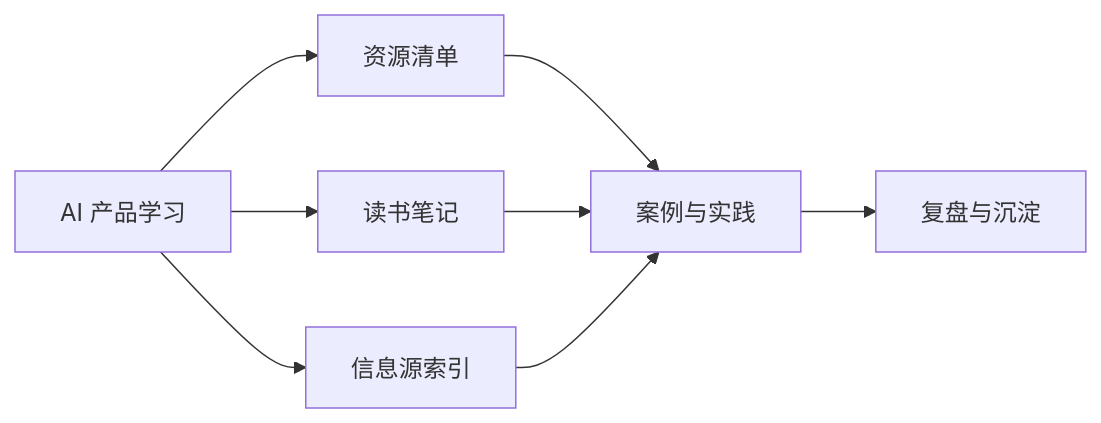
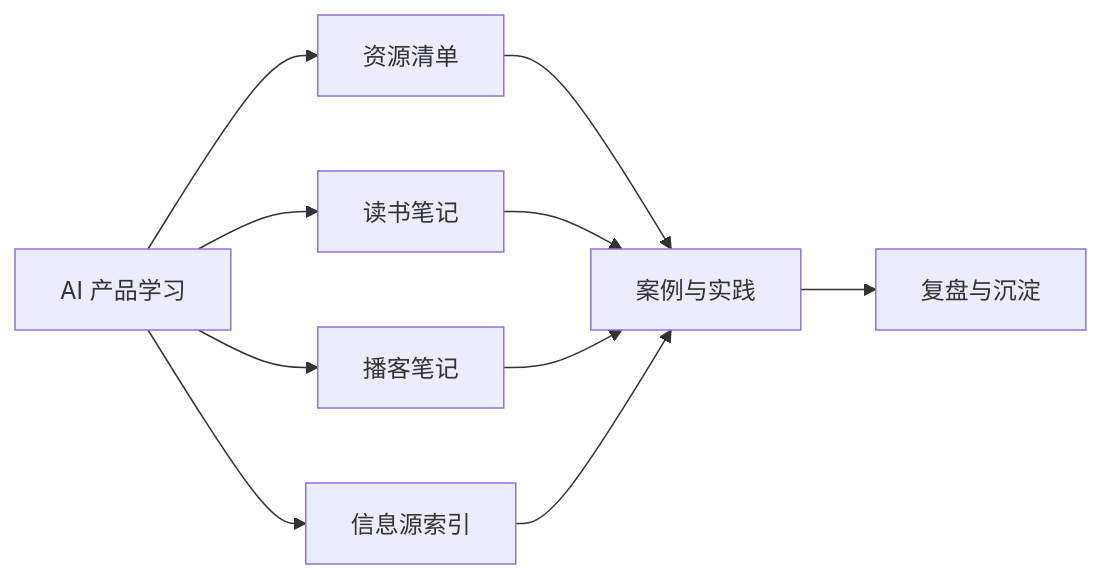
The diagram in docs/case/index.md (AI-PM-Wiki/AIPM), drawn with Mermaid before and after one commit. The commit also changed other lines of this file and 26 other files, not shown here.

````diff
--- a/docs/case/index.md
+++ b/docs/case/index.md
@@ -9,10 +9,12 @@
 ```mermaid
 flowchart LR
     A[AI 产品学习] --> B[资源清单]
     A --> C[读书笔记]
-    A --> D[信息源索引]
-    B --> E[案例与实践]
-    C --> E
-    D --> E
-    E --> F[复盘与沉淀]
+    A --> D[播客笔记]
+    A --> E[信息源索引]
+    B --> F[案例与实践]
+    C --> F
+    D --> F
+    E --> F
+    F --> G[复盘与沉淀]
 ```
````
